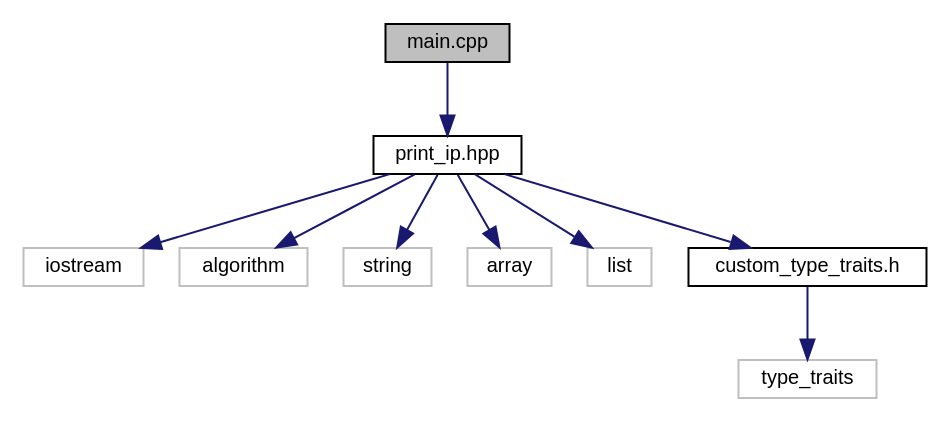
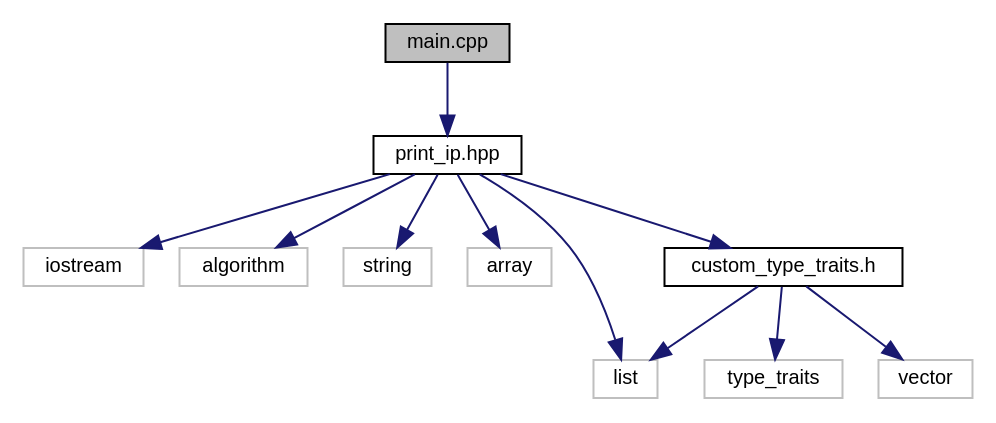
Before and after one commit to Rishat22/ConditionalIPAddressPrintingFunction: the diagram in main_8cpp__incl.dot, drawn with Graphviz. The commit also changed 38 other files, not shown here.

```diff
--- a/main_8cpp__incl.dot
+++ b/main_8cpp__incl.dot
@@ -1,23 +1,26 @@
 digraph "main.cpp"
 {
  // LATEX_PDF_SIZE
   edge [fontname="Helvetica",fontsize="10",labelfontname="Helvetica",labelfontsize="10"];
   node [fontname="Helvetica",fontsize="10",shape=record];
   Node1 [label="main.cpp",height=0.2,width=0.4,color="black", fillcolor="grey75", style="filled", fontcolor="black",tooltip=" "];
   Node1 -> Node2 [color="midnightblue",fontsize="10",style="solid",fontname="Helvetica"];
   Node2 [label="print_ip.hpp",height=0.2,width=0.4,color="black", fillcolor="white", style="filled",URL="$print__ip_8hpp.html",tooltip=" "];
   Node2 -> Node3 [color="midnightblue",fontsize="10",style="solid",fontname="Helvetica"];
   Node3 [label="iostream",height=0.2,width=0.4,color="grey75", fillcolor="white", style="filled",tooltip=" "];
   Node2 -> Node4 [color="midnightblue",fontsize="10",style="solid",fontname="Helvetica"];
   Node4 [label="algorithm",height=0.2,width=0.4,color="grey75", fillcolor="white", style="filled",tooltip=" "];
   Node2 -> Node5 [color="midnightblue",fontsize="10",style="solid",fontname="Helvetica"];
   Node5 [label="string",height=0.2,width=0.4,color="grey75", fillcolor="white", style="filled",tooltip=" "];
   Node2 -> Node6 [color="midnightblue",fontsize="10",style="solid",fontname="Helvetica"];
   Node6 [label="array",height=0.2,width=0.4,color="grey75", fillcolor="white", style="filled",tooltip=" "];
   Node2 -> Node7 [color="midnightblue",fontsize="10",style="solid",fontname="Helvetica"];
   Node7 [label="list",height=0.2,width=0.4,color="grey75", fillcolor="white", style="filled",tooltip=" "];
   Node2 -> Node8 [color="midnightblue",fontsize="10",style="solid",fontname="Helvetica"];
   Node8 [label="custom_type_traits.h",height=0.2,width=0.4,color="black", fillcolor="white", style="filled",URL="$custom__type__traits_8h.html",tooltip=" "];
   Node8 -> Node9 [color="midnightblue",fontsize="10",style="solid",fontname="Helvetica"];
   Node9 [label="type_traits",height=0.2,width=0.4,color="grey75", fillcolor="white", style="filled",tooltip=" "];
+  Node8 -> Node7 [color="midnightblue",fontsize="10",style="solid",fontname="Helvetica"];
+  Node8 -> Node10 [color="midnightblue",fontsize="10",style="solid",fontname="Helvetica"];
+  Node10 [label="vector",height=0.2,width=0.4,color="grey75", fillcolor="white", style="filled",tooltip=" "];
 }
```
